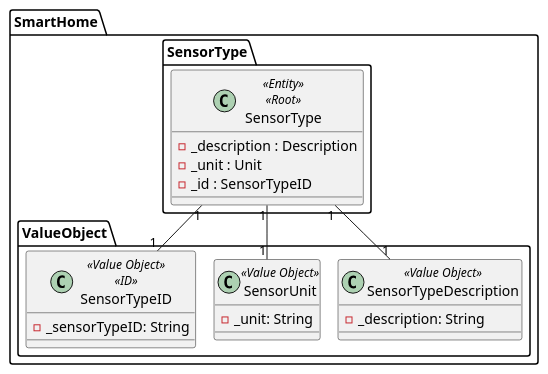
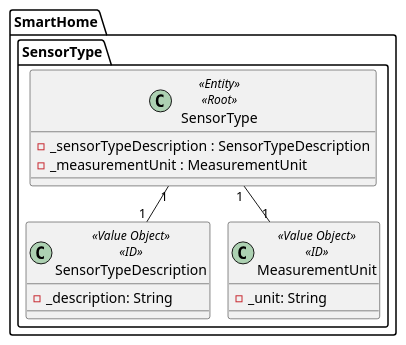
One commit to olivDiogo/SmartHome changed the diagram in docs/general/agreggateModels/sensorTypeAggregate.puml. Above: the diagram before and after it, drawn with PlantUML. The commit also changed 3 other files, not shown here.

Commit message:
#268 [feature] updated aggregate diagrams

```diff
--- a/docs/general/agreggateModels/sensorTypeAggregate.puml
+++ b/docs/general/agreggateModels/sensorTypeAggregate.puml
@@ -1,31 +1,25 @@
 @startuml
 !pragma layout smetana
 
 package SmartHome.SensorType {
 
   class SensorType<<Entity>><<Root>> {
-    - _description : Description
-    - _unit : Unit
-    - _id : SensorTypeID
+    - _sensorTypeDescription : SensorTypeDescription
+    - _measurementUnit : MeasurementUnit
   }
 
-
+}
+package SmartHome.SensorType {
+  class SensorTypeDescription<<Value Object>><<ID>> {
+    - _description: String
+  }
+  class MeasurementUnit<<Value Object>><<ID>> {
+      - _unit: String
+    }
 
 }
-package SmartHome.ValueObject {
-  class SensorTypeDescription<<Value Object>> {
-    - _description: String
-  }
-  class SensorUnit<<Value Object>> {
-      - _unit: String
-    }
-  class SensorTypeID<<Value Object>><<ID>> {
-        - _sensorTypeID: String
-      }
-}
-SmartHome.SensorType.SensorType "1" -- "1" SensorUnit
+SmartHome.SensorType.SensorType "1" -- "1" MeasurementUnit
 SmartHome.SensorType.SensorType "1" -- "1" SensorTypeDescription
-SmartHome.SensorType.SensorType "1" -- "1" SensorTypeID
 
 
 @enduml
```
